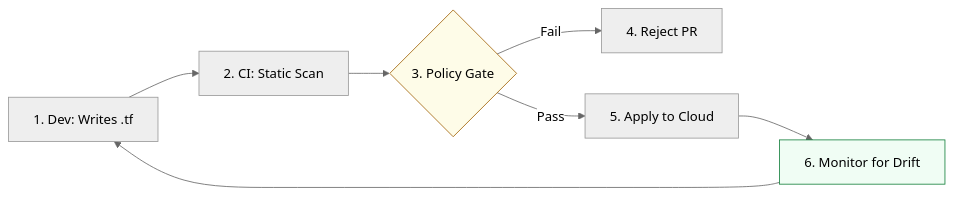
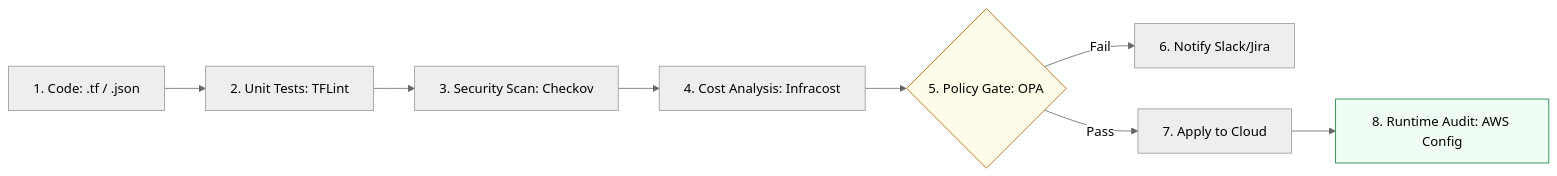
Before and after one commit to Ganil151/Devops: the diagram in 2-Intermediate/02-Phase-2/01-Infrastructure-Automation/REFERENCE/Infrastructure-Compliance-Ref.md, drawn with Mermaid (neutral theme). The commit also changed other lines of this file and 490 other files, not shown here.

````diff
--- a/2-Intermediate/02-Phase-2/01-Infrastructure-Automation/REFERENCE/Infrastructure-Compliance-Ref.md
+++ b/2-Intermediate/02-Phase-2/01-Infrastructure-Automation/REFERENCE/Infrastructure-Compliance-Ref.md
@@ -48,12 +76,13 @@
 ```mermaid
 graph LR
-    Dev[1. Dev: Writes .tf] --> Scan[2. CI: Static Scan]
-    Scan --> Policy{3. Policy Gate}
-    Policy -- Fail --> Fix[4. Reject PR]
-    Policy -- Pass --> Apply[5. Apply to Cloud]
-    Apply --> Monitor[6. Monitor for Drift]
-    Monitor --> Dev
+    Code[1. Code: .tf / .json] --> Test[2. Unit Tests: TFLint]
+    Test --> Scan[3. Security Scan: Checkov]
+    Scan --> Cost[4. Cost Analysis: Infracost]
+    Cost --> Policy{5. Policy Gate: OPA}
+    Policy -- Fail --> Notify[6. Notify Slack/Jira]
+    Policy -- Pass --> Apply[7. Apply to Cloud]
+    Apply --> Audit[8. Runtime Audit: AWS Config]
     
     style Policy fill:#fefce8,stroke:#a16207
-    style Monitor fill:#f0fdf4,stroke:#15803d
+    style Audit fill:#f0fdf4,stroke:#15803d
 ```
````
